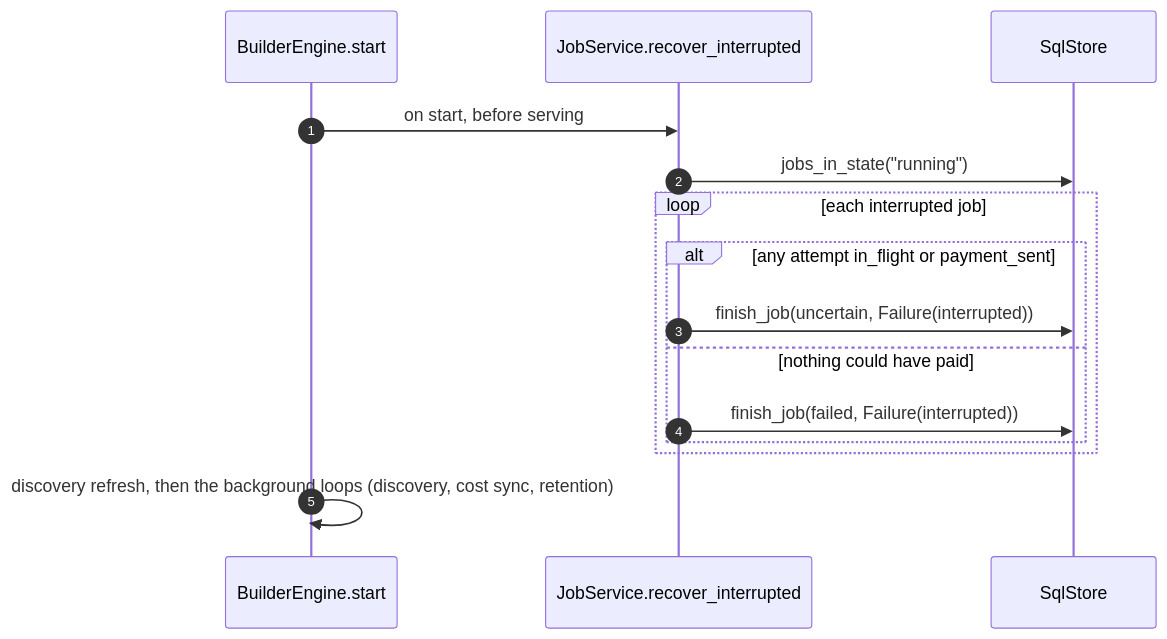
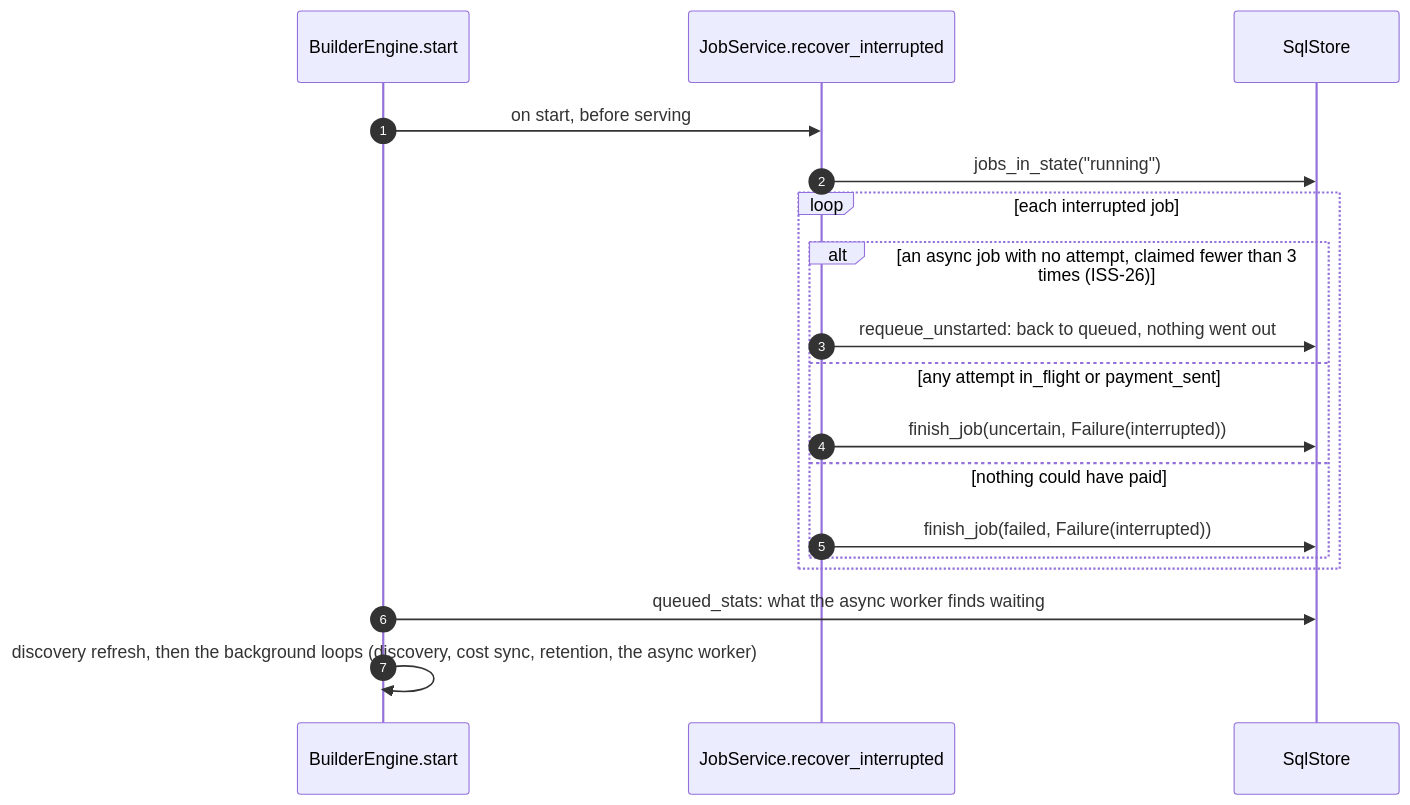
One commit to NE-Build-Track/livepeer-builder-core changed the ninth of 12 diagrams in docs/design-docs/architecture-diagrams.md. Above: the diagram before and after it, drawn with Mermaid. The commit also changed other lines of this file and 14 other files, not shown here.

First line of the commit message:
docs(jobs): async jobs in the contracts, the reliability and persistence documents and the builder guides, with the guide's test plan marked and an exec plan (ISS-26)

````diff
--- a/docs/design-docs/architecture-diagrams.md
+++ b/docs/design-docs/architecture-diagrams.md
@@ -294,17 +294,20 @@
 ```mermaid
 sequenceDiagram
     autonumber
     participant BE as BuilderEngine.start
     participant J as JobService.recover_interrupted
     participant DB as SqlStore
     BE->>J: on start, before serving
     J->>DB: jobs_in_state("running")
     loop each interrupted job
-        alt any attempt in_flight or payment_sent
+        alt an async job with no attempt, claimed fewer than 3 times (ISS-26)
+            J->>DB: requeue_unstarted: back to queued, nothing went out
+        else any attempt in_flight or payment_sent
             J->>DB: finish_job(uncertain, Failure(interrupted))
         else nothing could have paid
             J->>DB: finish_job(failed, Failure(interrupted))
         end
     end
-    BE->>BE: discovery refresh, then the background loops (discovery, cost sync, retention)
+    BE->>DB: queued_stats: what the async worker finds waiting
+    BE->>BE: discovery refresh, then the background loops (discovery, cost sync, retention, the async worker)
 ```
````
